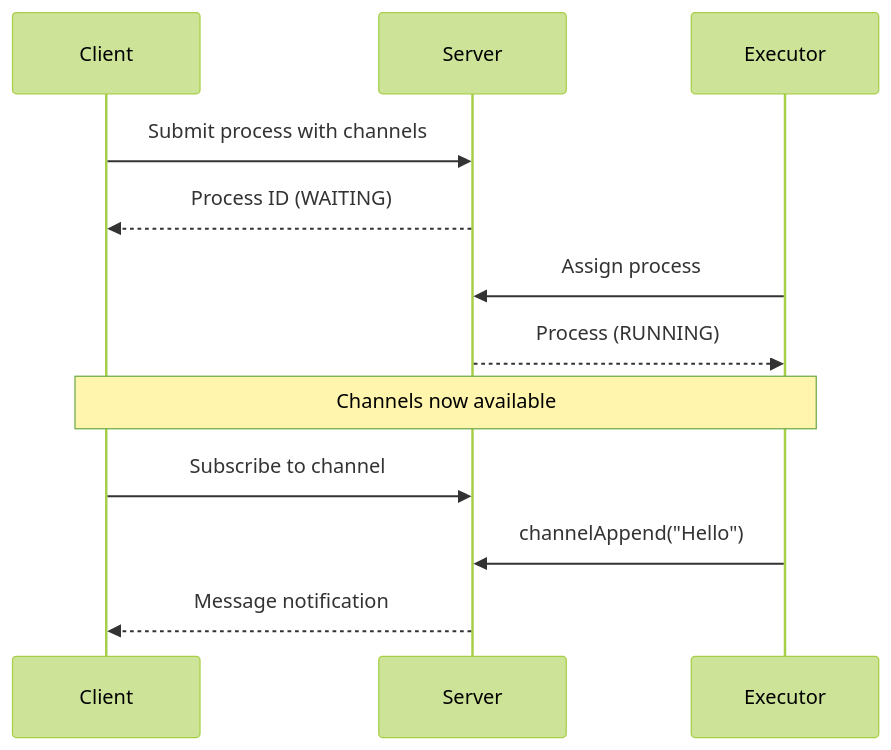
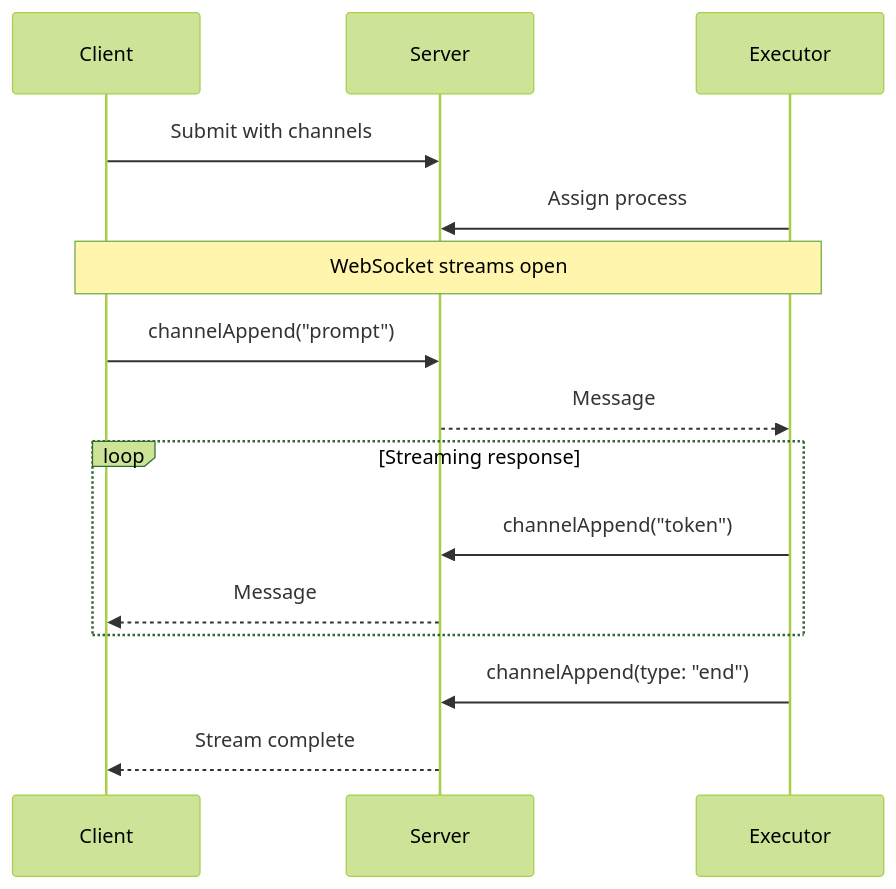
Before and after one commit to colonyos/colonies-ts: the third of 3 diagrams in README.md, drawn with Mermaid (forest theme). The commit also changed other lines of this file, not shown here.

````diff
--- a/README.md
+++ b/README.md
@@ -67,18 +104,22 @@
 ```mermaid
 sequenceDiagram
     participant Client
     participant Server
     participant Executor
 
-    Client->>Server: Submit process with channels
-    Server-->>Client: Process ID (WAITING)
+    Client->>Server: Submit with channels
+    Executor->>Server: Assign process
 
-    Executor->>Server: Assign process
-    Server-->>Executor: Process (RUNNING)
+    Note over Client,Executor: WebSocket streams open
 
-    Note over Client,Executor: Channels now available
+    Client->>Server: channelAppend("prompt")
+    Server-->>Executor: Message
 
-    Client->>Server: Subscribe to channel
-    Executor->>Server: channelAppend("Hello")
-    Server-->>Client: Message notification
+    loop Streaming response
+        Executor->>Server: channelAppend("token")
+        Server-->>Client: Message
+    end
+
+    Executor->>Server: channelAppend(type: "end")
+    Server-->>Client: Stream complete
 ```
````
